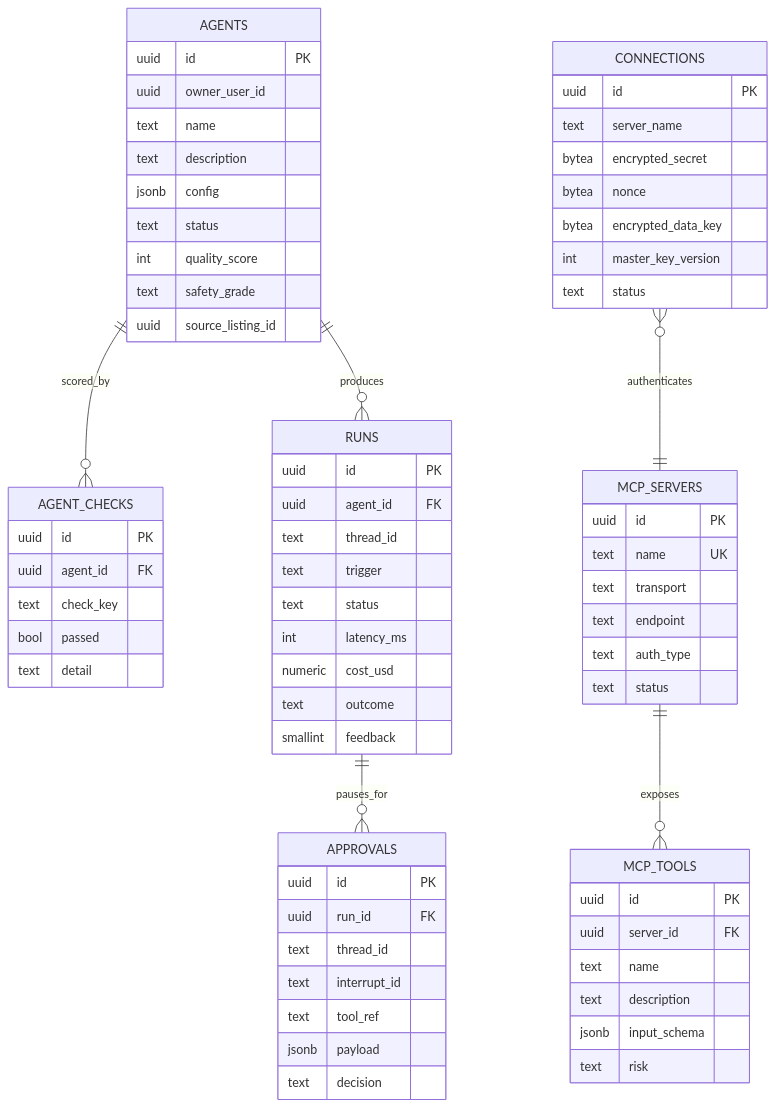
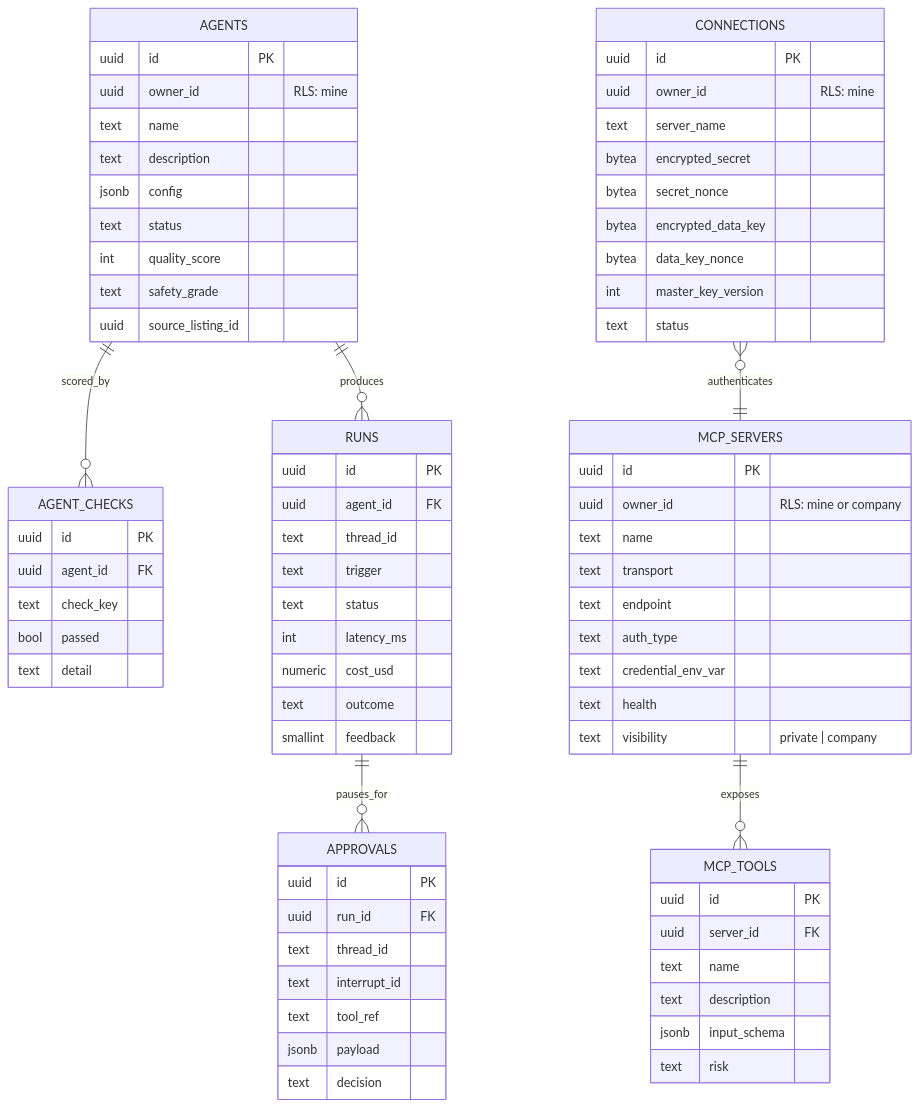
One commit to Shivanilarokar/AgentPlatformCapstone changed diagram 11 of 14 in docs/DESIGN.md. Above: the diagram before and after it, drawn with Mermaid. The commit also changed other lines of this file and 5 other files, not shown here.

Commit message:
Sync docs and diagrams with the role/RLS design; add verify_isolation.py

````diff
--- a/docs/DESIGN.md
+++ b/docs/DESIGN.md
@@ -462,72 +465,77 @@
 ```mermaid
 erDiagram
     AGENTS ||--o{ AGENT_CHECKS : scored_by
     AGENTS ||--o{ RUNS : produces
     RUNS ||--o{ APPROVALS : pauses_for
     MCP_SERVERS ||--o{ MCP_TOOLS : exposes
     CONNECTIONS }o--|| MCP_SERVERS : authenticates
 
     AGENTS {
         uuid id PK
-        uuid owner_user_id
+        uuid owner_id "RLS: mine"
         text name
         text description
         jsonb config
         text status
         int quality_score
         text safety_grade
         uuid source_listing_id
     }
     AGENT_CHECKS {
         uuid id PK
         uuid agent_id FK
         text check_key
         bool passed
         text detail
     }
     RUNS {
         uuid id PK
         uuid agent_id FK
         text thread_id
         text trigger
         text status
         int latency_ms
         numeric cost_usd
         text outcome
         smallint feedback
     }
     APPROVALS {
         uuid id PK
         uuid run_id FK
         text thread_id
         text interrupt_id
         text tool_ref
         jsonb payload
         text decision
     }
     CONNECTIONS {
         uuid id PK
+        uuid owner_id "RLS: mine"
         text server_name
         bytea encrypted_secret
-        bytea nonce
+        bytea secret_nonce
         bytea encrypted_data_key
+        bytea data_key_nonce
         int master_key_version
         text status
     }
     MCP_SERVERS {
         uuid id PK
-        text name UK
+        uuid owner_id "RLS: mine or company"
+        text name
         text transport
         text endpoint
         text auth_type
-        text status
+        text credential_env_var
+        text health
+        text visibility "private | company"
     }
     MCP_TOOLS {
         uuid id PK
         uuid server_id FK
         text name
         text description
         jsonb input_schema
         text risk
     }
 ```
````
